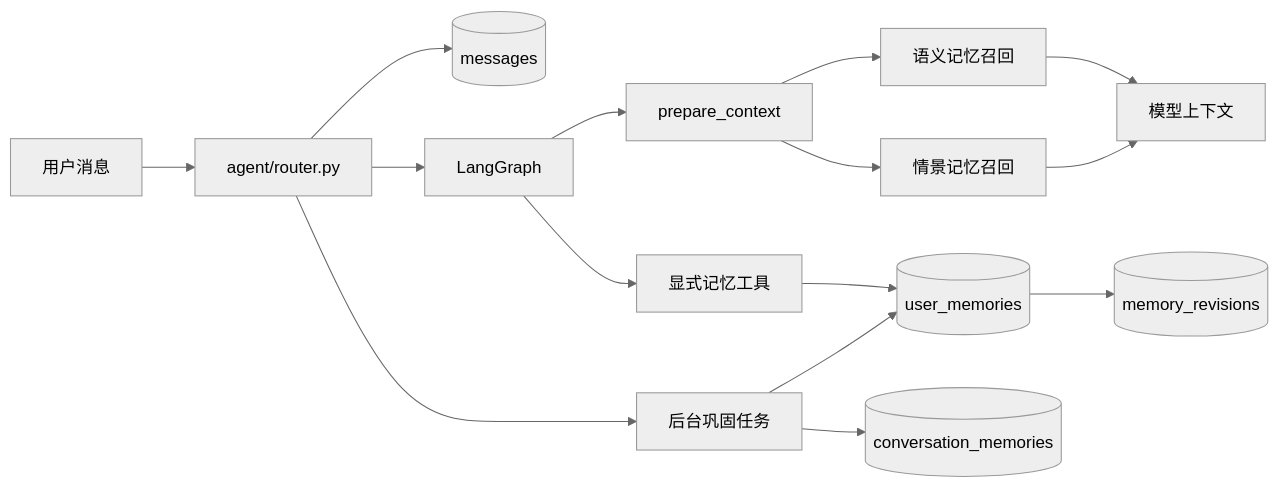
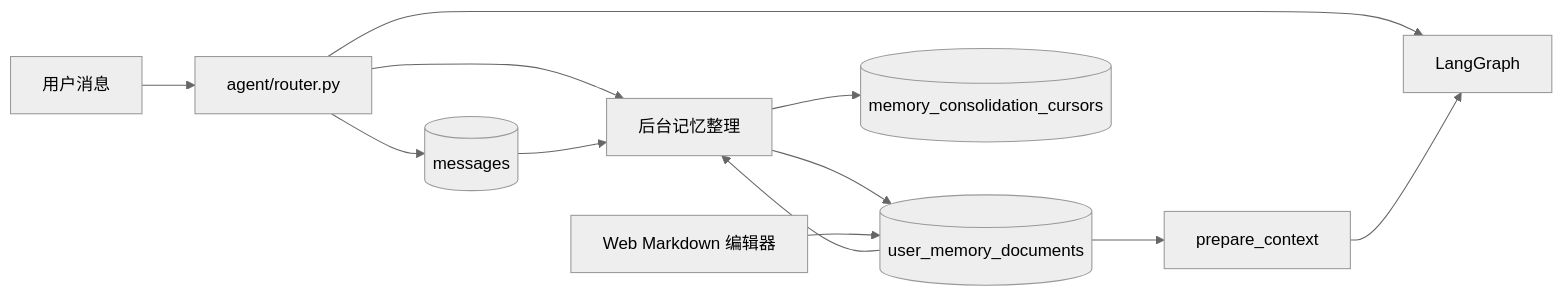
One commit to nanami9426/moegal-agent changed the diagram in doc/memory-system.md. Above: the diagram before and after it, drawn with Mermaid (neutral theme). The commit also changed other lines of this file and 23 other files, not shown here.

Commit message:
refactor(memory): 重构为单 Markdown 文档记忆系统

````diff
--- a/doc/memory-system.md
+++ b/doc/memory-system.md
@@ -7,17 +7,14 @@
 ```mermaid
 flowchart LR
     U[用户消息] --> R[agent/router.py]
-    R --> DB[(messages)]
+    R --> MSG[(messages)]
     R --> G[LangGraph]
-    G --> P[prepare_context]
-    P --> S[语义记忆召回]
-    P --> E[情景记忆召回]
-    S --> L[模型上下文]
-    E --> L
-    G --> T[显式记忆工具]
-    T --> M[(user_memories)]
-    R --> C[后台巩固任务]
-    C --> CM[(conversation_memories)]
-    C --> M
-    M --> V[(memory_revisions)]
+    DOC[(user_memory_documents)] --> P[prepare_context]
+    P --> G
+    R --> C[后台记忆整理]
+    MSG --> C
+    DOC --> C
+    C --> DOC
+    C --> CUR[(memory_consolidation_cursors)]
+    WEB[Web Markdown 编辑器] --> DOC
 ```
````
